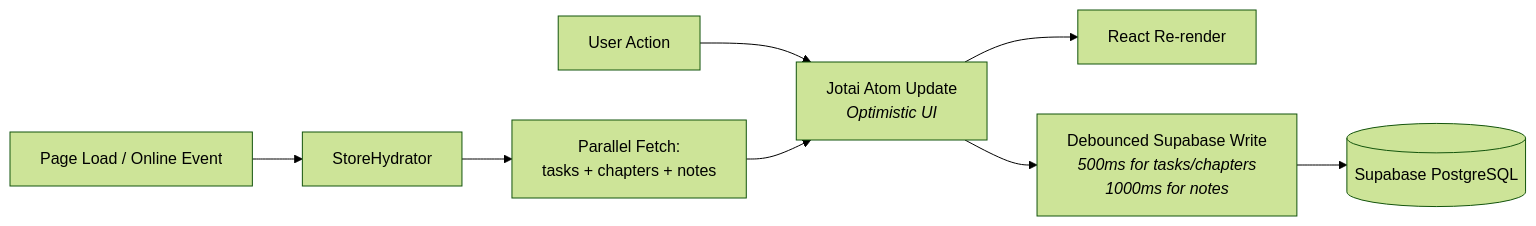
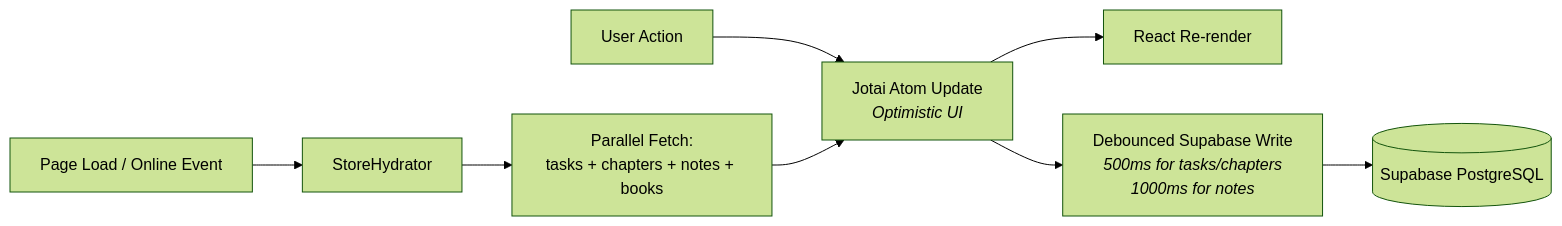
The diagram in README.md (dso904/Study-Planner), drawn with Mermaid (forest theme) before and after one commit. The commit also changed other lines of this file and 6 other files, not shown here.

````diff
--- a/README.md
+++ b/README.md
@@ -168,10 +180,10 @@
 ```mermaid
 flowchart LR
     A[User Action] --> B[Jotai Atom Update<br/><i>Optimistic UI</i>]
     B --> C[React Re-render]
     B --> D[Debounced Supabase Write<br/><i>500ms for tasks/chapters<br/>1000ms for notes</i>]
     D --> E[(Supabase PostgreSQL)]
     F[Page Load / Online Event] --> G[StoreHydrator]
-    G --> H[Parallel Fetch:<br/>tasks + chapters + notes]
+    G --> H[Parallel Fetch:<br/>tasks + chapters + notes + books]
     H --> B
 ```
````
